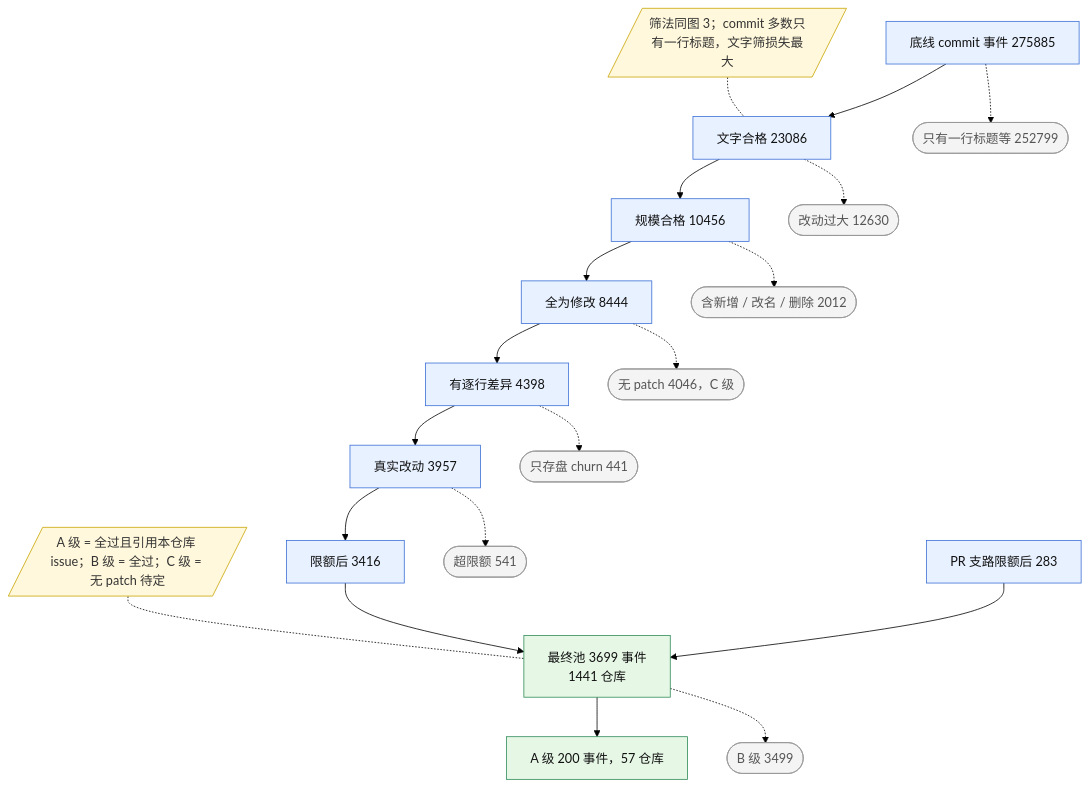
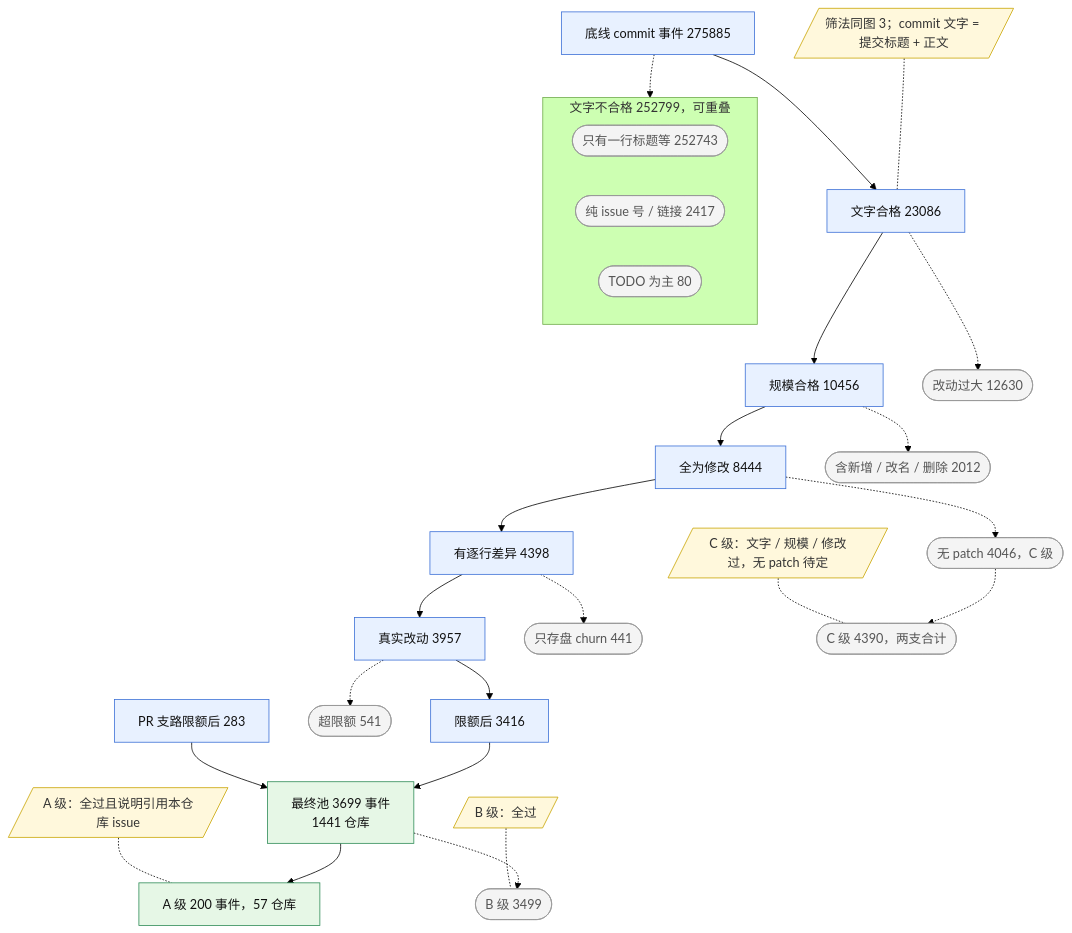
Before and after one commit to Xiafyjck/github_kicad_project_scout: the fifth of 5 diagrams in reports/progress_report.md, drawn with Mermaid (forest theme). The commit also changed other lines of this file, not shown here.

Commit message:
reports: diagrams use one box per suffix / source / rule, text-filter exits split by sub-reason

````diff
--- a/reports/progress_report.md
+++ b/reports/progress_report.md
@@ -244,43 +286,54 @@
 ```mermaid
 flowchart TB
     classDef note fill:#fff8dc,stroke:#c9a400,color:#333
     classDef exit fill:#f4f4f4,stroke:#999,color:#555
     classDef keep fill:#e8f1ff,stroke:#3b6fd6,color:#111
     classDef final fill:#e6f7e6,stroke:#2e8b57,color:#111
 
-    Ng[/"筛法同图 3；commit 多数只有一行标题，文字筛损失最大"/]:::note
-    Nh[/"A 级 = 全过且引用本仓库 issue；B 级 = 全过；C 级 = 无 patch 待定"/]:::note
+    Ng[/"筛法同图 3；commit 文字 = 提交标题 + 正文"/]:::note
+    Na[/"A 级：全过且说明引用本仓库 issue"/]:::note
+    Nbb[/"B 级：全过"/]:::note
+    Ncc[/"C 级：文字 / 规模 / 修改过，无 patch 待定"/]:::note
 
     M3[底线 commit 事件 275885]:::keep
     M4[文字合格 23086]:::keep
     M5[规模合格 10456]:::keep
     M6[全为修改 8444]:::keep
     M7[有逐行差异 4398]:::keep
     M8[真实改动 3957]:::keep
     M9[限额后 3416]:::keep
-    MX4([只有一行标题等 252799]):::exit
+    subgraph TY[文字不合格 252799，可重叠]
+        direction LR
+        MX4a([只有一行标题等 252743]):::exit
+        MX4b([纯 issue 号 / 链接 2417]):::exit
+        MX4c([TODO 为主 80]):::exit
+    end
     MX5([改动过大 12630]):::exit
     MX6([含新增 / 改名 / 删除 2012]):::exit
     MX7([无 patch 4046，C 级]):::exit
     MX8([只存盘 churn 441]):::exit
     MX9([超限额 541]):::exit
 
     P9[PR 支路限额后 283]:::keep
     F[最终池 3699 事件<br/>1441 仓库]:::final
     G[A 级 200 事件，57 仓库]:::final
     FB([B 级 3499]):::exit
+    FC([C 级 4390，两支合计]):::exit
 
     Ng -.- M4
     M3 --> M4 --> M5 --> M6 --> M7 --> M8 --> M9
-    M3 -.-> MX4
+    M3 -.-> TY
     M4 -.-> MX5
     M5 -.-> MX6
     M6 -.-> MX7
     M7 -.-> MX8
     M8 -.-> MX9
-    Nh -.- F
     M9 --> F
     P9 --> F
     F --> G
     F -.-> FB
+    MX7 -.-> FC
+    Na -.- G
+    Nbb -.- FB
+    Ncc -.- FC
 ```
````
